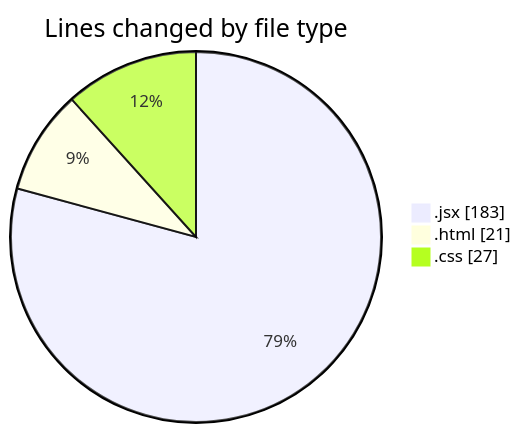
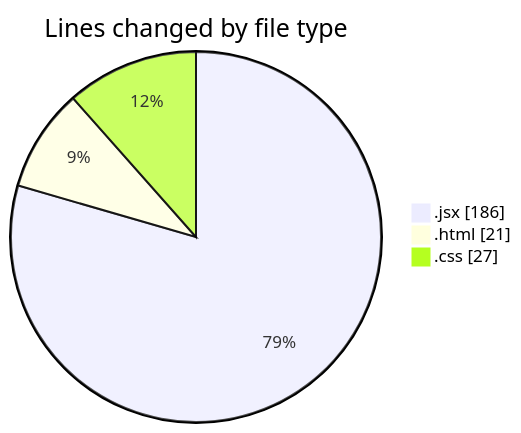
One commit to Elitesun/code-tracking changed the first of 2 diagrams in 2025-02-13/elitegpt/README.md. Above: the diagram before and after it, drawn with Mermaid. The commit also changed other lines of this file and 1 other file, not shown here.

````diff
--- a/2025-02-13/elitegpt/README.md
+++ b/2025-02-13/elitegpt/README.md
@@ -26,7 +26,7 @@
 ```mermaid
 pie showData
 title Lines changed by file type
-".jsx" : 183
+".jsx" : 186
 ".html" : 21
 ".css" : 27
 ```
````
